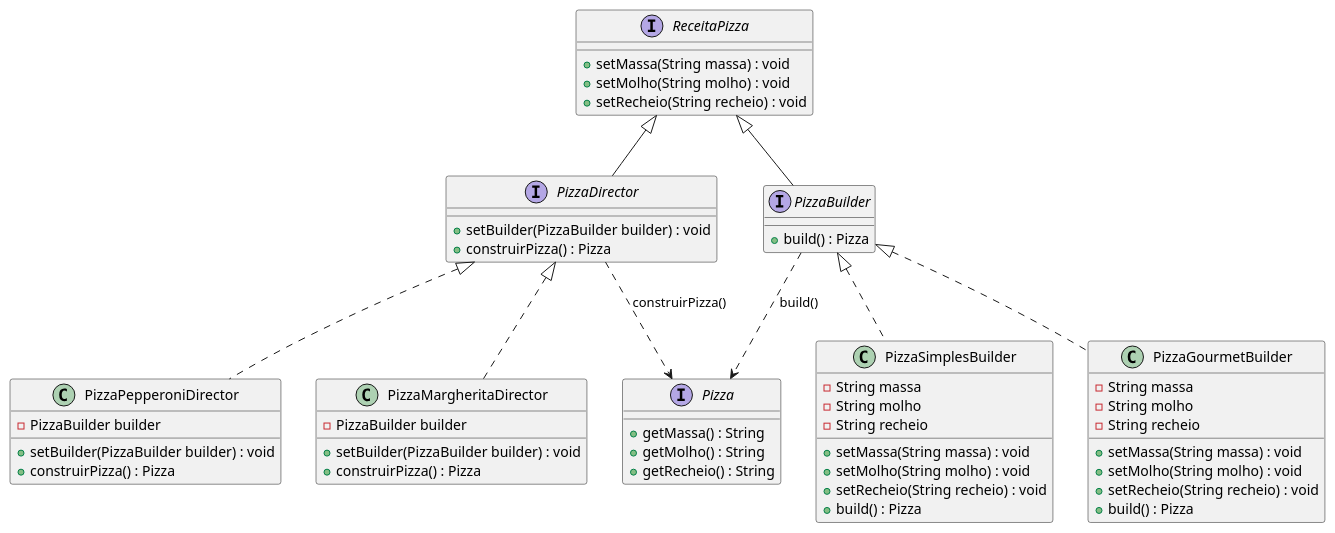
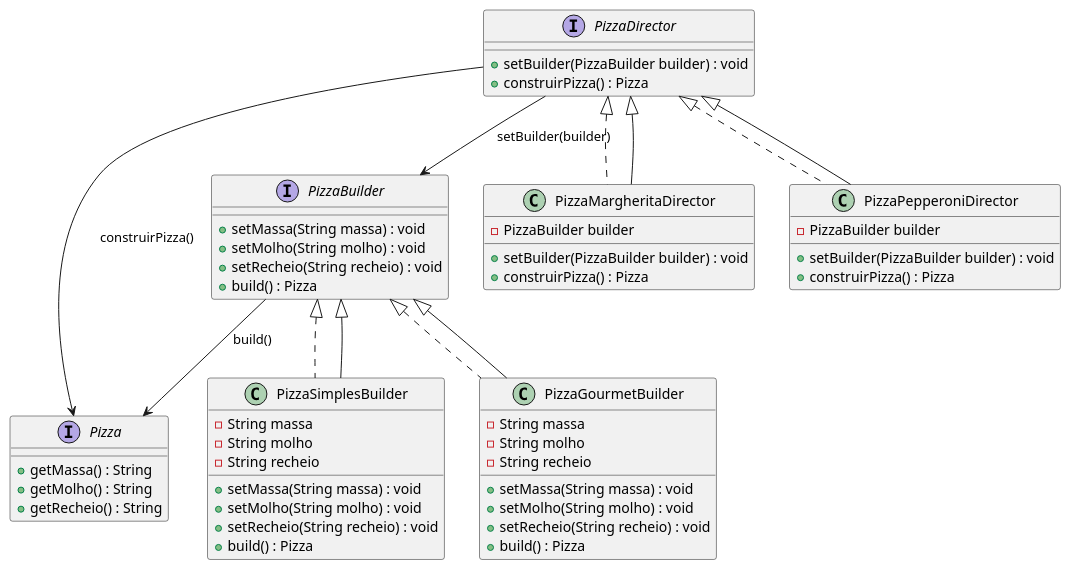
Before and after one commit to gabrielflb/blog-material-aula: the diagram in src/includes/builder/João Augusto/diagramaBuilderJA.plantuml, drawn with PlantUML.

Commit message:
Correção builder

```diff
--- a/src/includes/builder/João Augusto/diagramaBuilderJA.plantuml
+++ b/src/includes/builder/João Augusto/diagramaBuilderJA.plantuml
@@ -1,59 +1,61 @@
 @startuml
-interface ReceitaPizza {
-    + setMassa(String massa) : void
-    + setMolho(String molho) : void
-    + setRecheio(String recheio) : void
-}
-
 interface Pizza {
     + getMassa() : String
     + getMolho() : String
     + getRecheio() : String
 }
 
-interface PizzaBuilder extends ReceitaPizza {
+interface PizzaBuilder {
+    + setMassa(String massa) : void
+    + setMolho(String molho) : void
+    + setRecheio(String recheio) : void
     + build() : Pizza
 }
 
 class PizzaSimplesBuilder implements PizzaBuilder {
     - String massa
     - String molho
     - String recheio
     
     + setMassa(String massa) : void
     + setMolho(String molho) : void
     + setRecheio(String recheio) : void
     + build() : Pizza
 }
 
 class PizzaGourmetBuilder implements PizzaBuilder {
     - String massa
     - String molho
     - String recheio
     
     + setMassa(String massa) : void
     + setMolho(String molho) : void
     + setRecheio(String recheio) : void
     + build() : Pizza
 }
 
-interface PizzaDirector extends ReceitaPizza {
+interface PizzaDirector {
     + setBuilder(PizzaBuilder builder) : void
     + construirPizza() : Pizza
 }
 
 class PizzaMargheritaDirector implements PizzaDirector {
     - PizzaBuilder builder
     + setBuilder(PizzaBuilder builder) : void
     + construirPizza() : Pizza
 }
 
 class PizzaPepperoniDirector implements PizzaDirector {
     - PizzaBuilder builder
     + setBuilder(PizzaBuilder builder) : void
     + construirPizza() : Pizza
 }
 
-PizzaDirector ..> Pizza : "construirPizza()"
-PizzaBuilder ..> Pizza : "build()"
+PizzaBuilder <|-- PizzaSimplesBuilder
+PizzaBuilder <|-- PizzaGourmetBuilder
+PizzaDirector <|-- PizzaMargheritaDirector
+PizzaDirector <|-- PizzaPepperoniDirector
+PizzaDirector --> PizzaBuilder : setBuilder(builder)
+PizzaDirector --> Pizza : construirPizza()
+PizzaBuilder --> Pizza : build()
 @enduml
```
